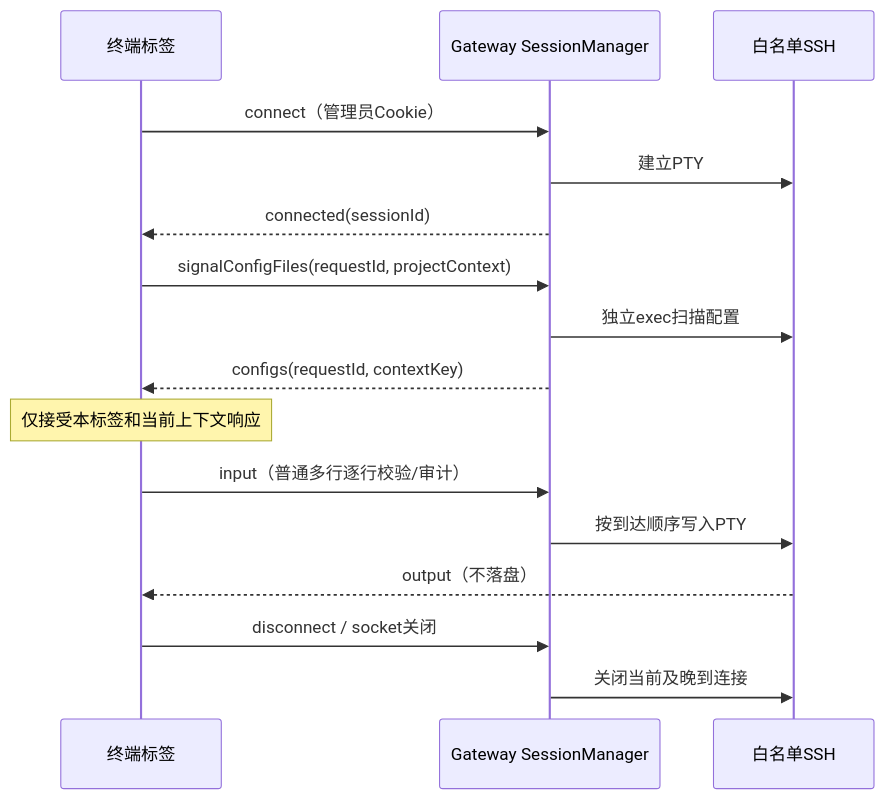
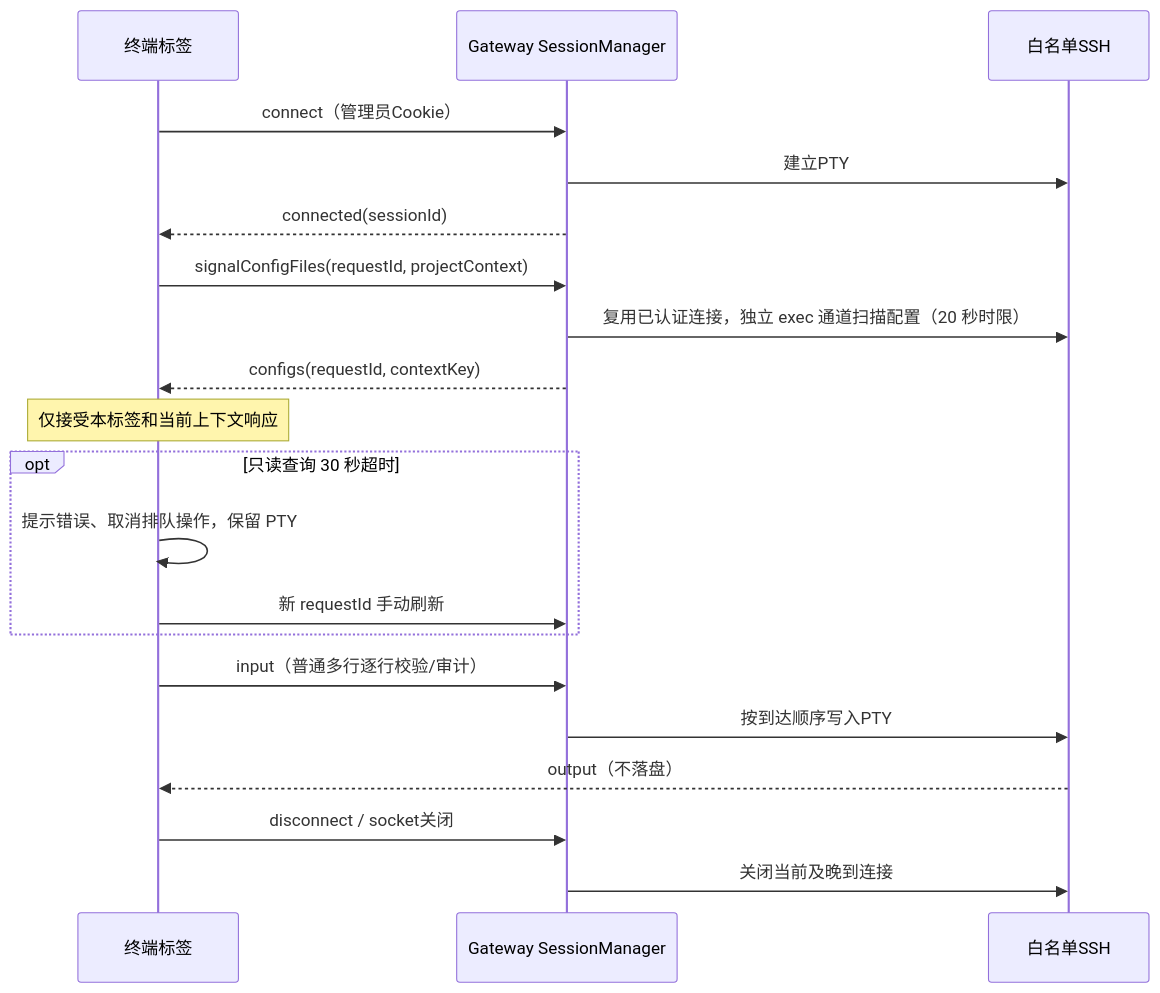
Before and after one commit to h18340637145-blip/ivacp-1: the seventh of 9 diagrams in docs/SEQUENCE_DIAGRAMS.md, drawn with Mermaid. The commit also changed 13 other files, not shown here.

````diff
--- a/docs/SEQUENCE_DIAGRAMS.md
+++ b/docs/SEQUENCE_DIAGRAMS.md
@@ -719,18 +719,22 @@
 ```mermaid
 sequenceDiagram
     participant UI as 终端标签
     participant Gateway as Gateway SessionManager
     participant SSH as 白名单SSH
     UI->>Gateway: connect（管理员Cookie）
     Gateway->>SSH: 建立PTY
     Gateway-->>UI: connected(sessionId)
     UI->>Gateway: signalConfigFiles(requestId, projectContext)
-    Gateway->>SSH: 独立exec扫描配置
+    Gateway->>SSH: 复用已认证连接，独立 exec 通道扫描配置（20 秒时限）
     Gateway-->>UI: configs(requestId, contextKey)
     Note over UI: 仅接受本标签和当前上下文响应
+    opt 只读查询 30 秒超时
+        UI->>UI: 提示错误、取消排队操作，保留 PTY
+        UI->>Gateway: 新 requestId 手动刷新
+    end
     UI->>Gateway: input（普通多行逐行校验/审计）
     Gateway->>SSH: 按到达顺序写入PTY
     SSH-->>UI: output（不落盘）
     UI->>Gateway: disconnect / socket关闭
     Gateway->>SSH: 关闭当前及晚到连接
 ```
````
